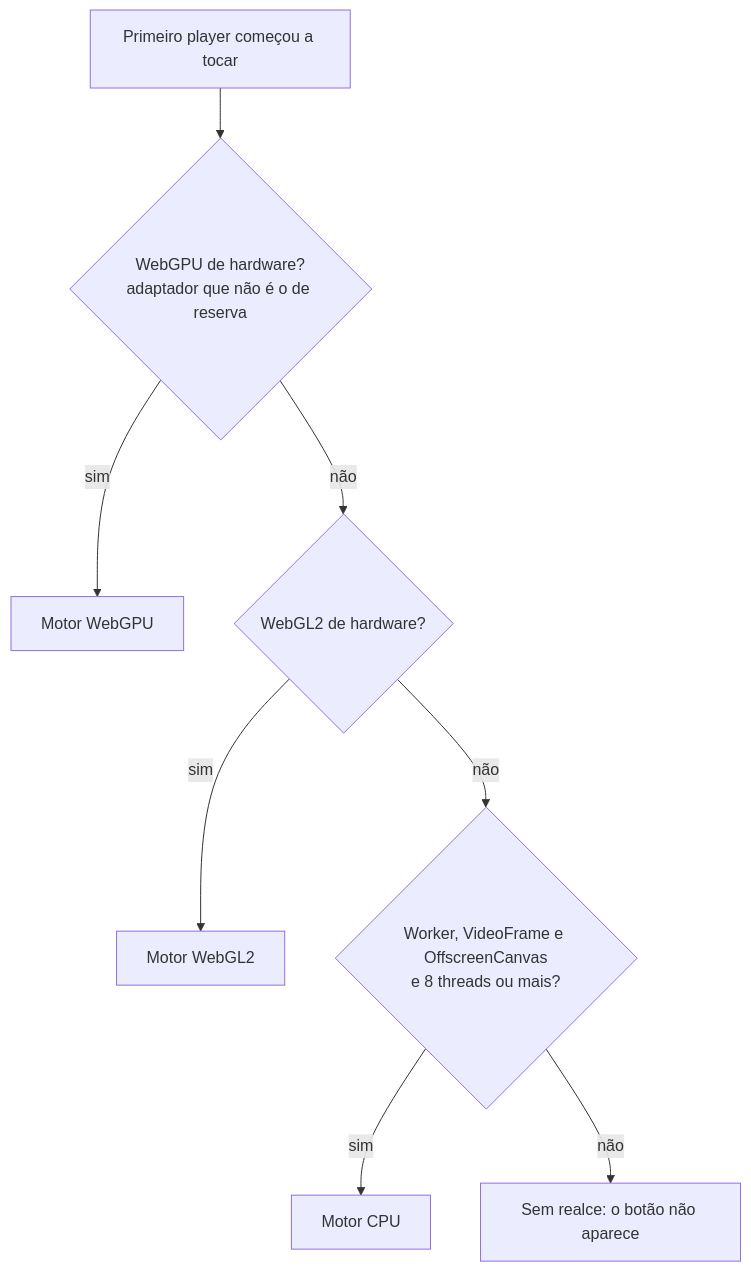
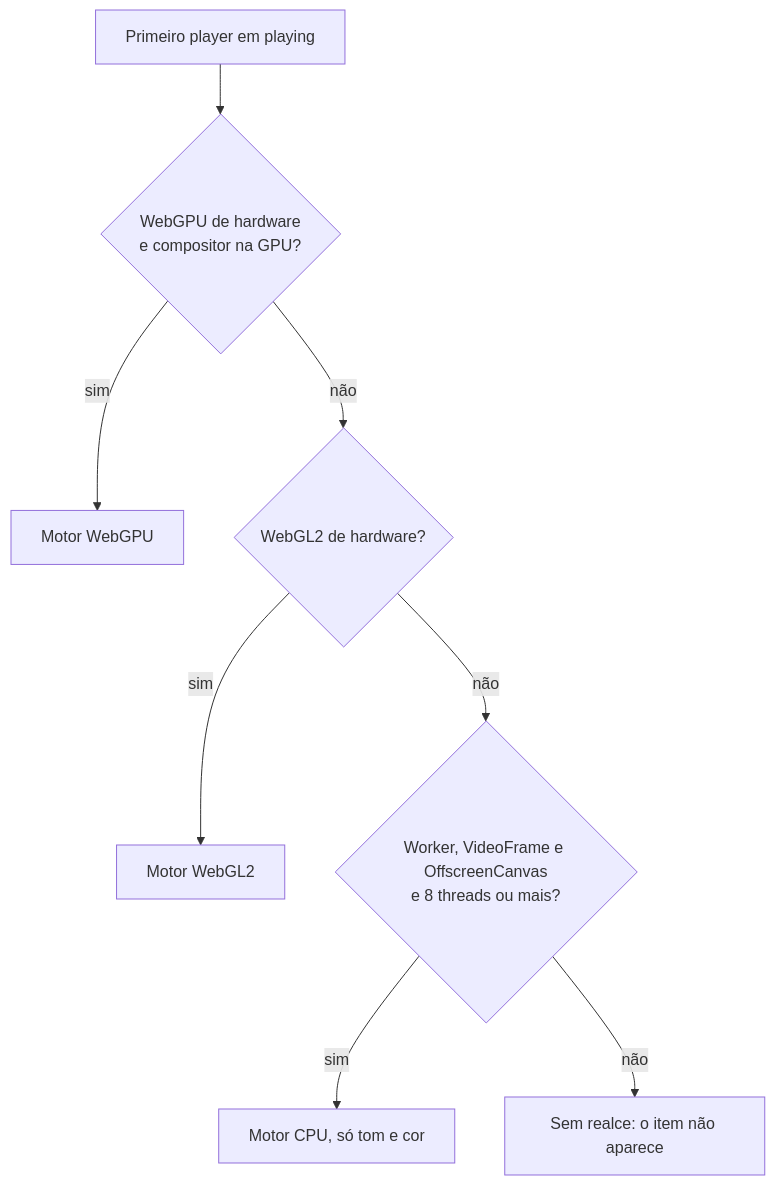
One commit to afonsoburginski/obsidian changed the diagram in Docs/Câmeras/Streaming/Câmeras - Streaming - Realce de imagem no cliente.md. Above: the diagram before and after it, drawn with Mermaid. The commit also changed other lines of this file and 85 other files, not shown here.

````diff
--- a/Docs/Câmeras/Streaming/Câmeras - Streaming - Realce de imagem no cliente.md
+++ b/Docs/Câmeras/Streaming/Câmeras - Streaming - Realce de imagem no cliente.md
@@ -420,10 +99,10 @@
 ```mermaid
 flowchart TD
-    A[Primeiro player começou a tocar] --> B{"WebGPU de hardware?<br/>adaptador que não é o de reserva"}
+    A[Primeiro player em playing] --> B{"WebGPU de hardware<br/>e compositor na GPU?"}
     B -- sim --> W[Motor WebGPU]
     B -- não --> C{WebGL2 de hardware?}
     C -- sim --> G[Motor WebGL2]
     C -- não --> D{"Worker, VideoFrame e OffscreenCanvas<br/>e 8 threads ou mais?"}
-    D -- sim --> P[Motor CPU]
-    D -- não --> N[Sem realce: o botão não aparece]
+    D -- sim --> P[Motor CPU, só tom e cor]
+    D -- não --> N[Sem realce: o item não aparece]
 ```
````
